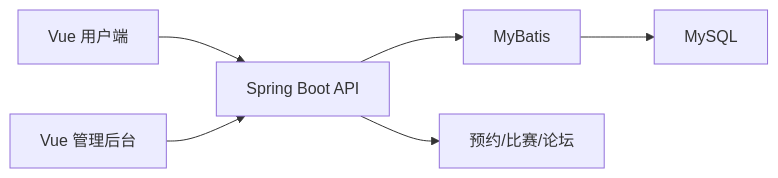
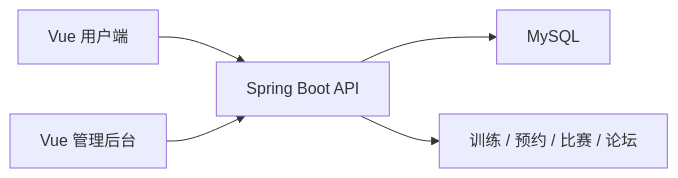
Before and after one commit to wilderjett250-art/018-basketball-camp: the diagram in README.md, drawn with Mermaid. The commit also changed other lines of this file and 1 other file, not shown here.

````diff
--- a/README.md
+++ b/README.md
@@ -9,8 +15,7 @@
-```mermaid
+~~~mermaid
 flowchart LR
  A[Vue 用户端] --> C[Spring Boot API]
  B[Vue 管理后台] --> C
- C --> D[MyBatis]
- D --> E[MySQL]
- C --> F[预约/比赛/论坛]
-```
+ C --> D[MySQL]
+ C --> E[训练 / 预约 / 比赛 / 论坛]
+~~~
````
